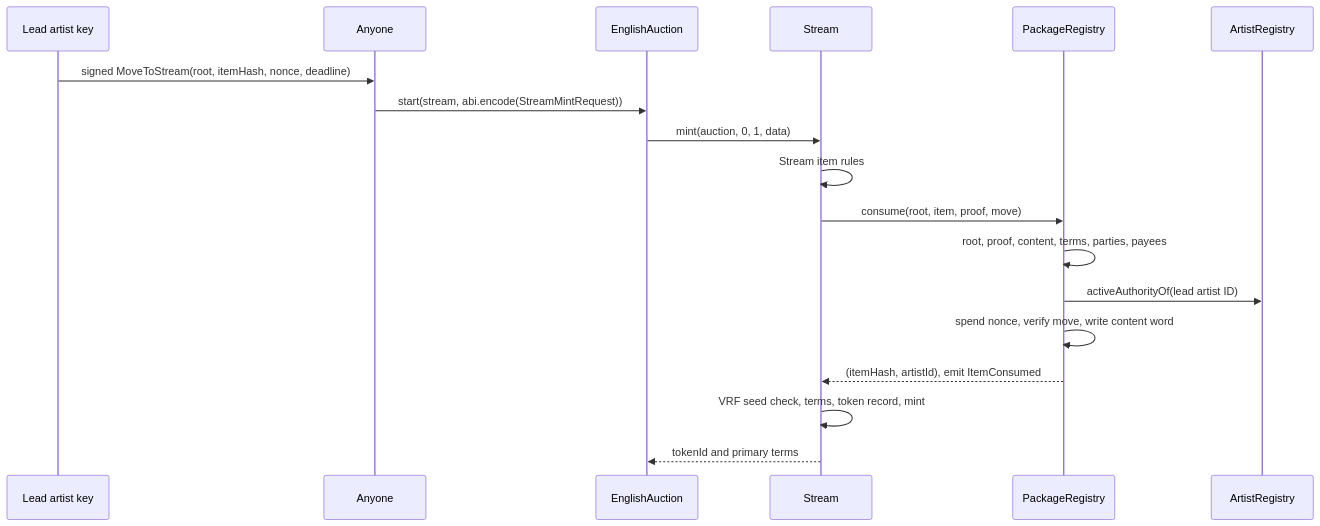
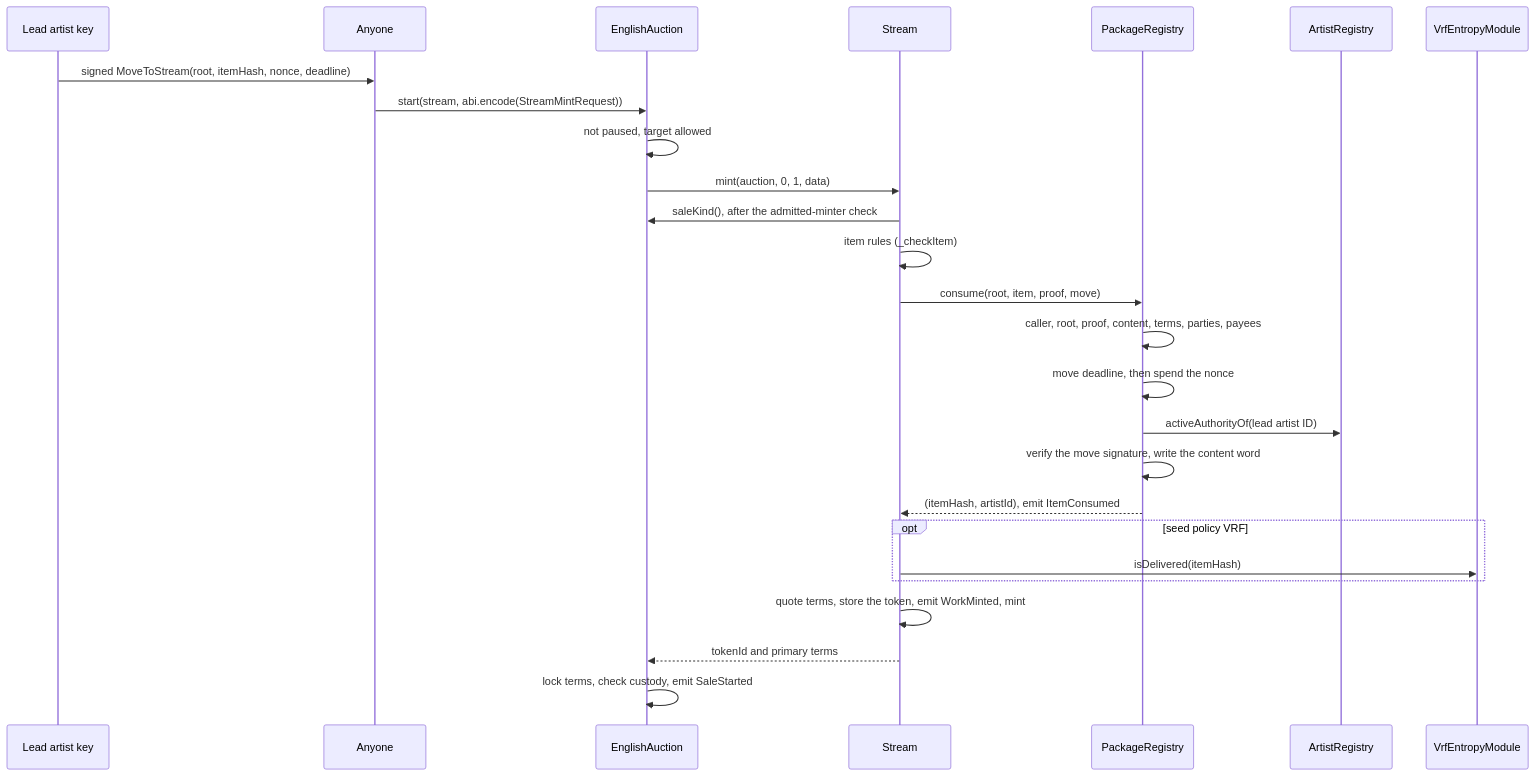
The sixth of 8 diagrams in docs/spec/curation.md (6529-Collections/6529-works), drawn with Mermaid before and after one commit. The commit also changed other lines of this file and 36 other files, not shown here.

````diff
--- a/docs/spec/curation.md
+++ b/docs/spec/curation.md
@@ -363,20 +310,28 @@
 ```mermaid
 sequenceDiagram
     participant Lead as Lead artist key
     participant Anyone as Anyone
     participant Auction as EnglishAuction
     participant Stream as Stream
     participant Registry as PackageRegistry
     participant Artists as ArtistRegistry
+    participant Entropy as VrfEntropyModule
     Lead->>Anyone: signed MoveToStream(root, itemHash, nonce, deadline)
     Anyone->>Auction: start(stream, abi.encode(StreamMintRequest))
+    Auction->>Auction: not paused, target allowed
     Auction->>Stream: mint(auction, 0, 1, data)
-    Stream->>Stream: Stream item rules
+    Stream->>Auction: saleKind(), after the admitted-minter check
+    Stream->>Stream: item rules (_checkItem)
     Stream->>Registry: consume(root, item, proof, move)
-    Registry->>Registry: root, proof, content, terms, parties, payees
+    Registry->>Registry: caller, root, proof, content, terms, parties, payees
+    Registry->>Registry: move deadline, then spend the nonce
     Registry->>Artists: activeAuthorityOf(lead artist ID)
-    Registry->>Registry: spend nonce, verify move, write content word
+    Registry->>Registry: verify the move signature, write the content word
     Registry-->>Stream: (itemHash, artistId), emit ItemConsumed
-    Stream->>Stream: VRF seed check, terms, token record, mint
+    opt seed policy VRF
+        Stream->>Entropy: isDelivered(itemHash)
+    end
+    Stream->>Stream: quote terms, store the token, emit WorkMinted, mint
     Stream-->>Auction: tokenId and primary terms
+    Auction->>Auction: lock terms, check custody, emit SaleStarted
 ```
````
